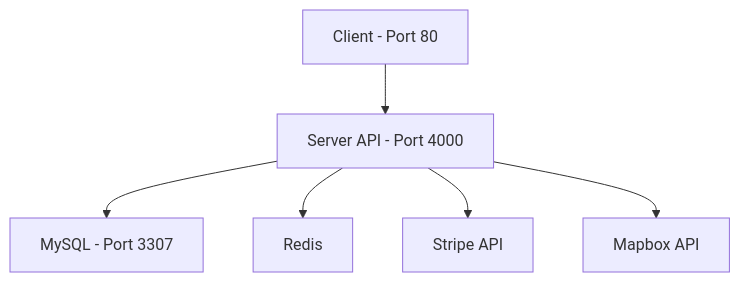
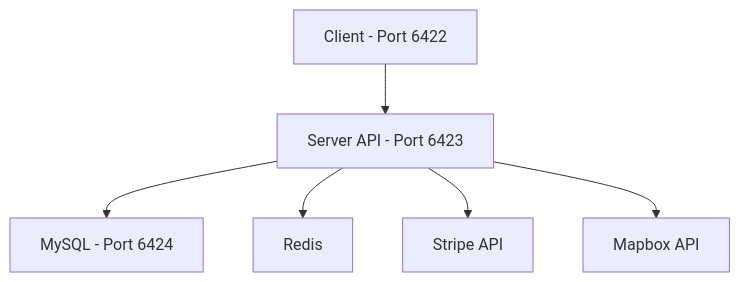
The diagram in README.md (mikeshuh/OFS), drawn with Mermaid before and after one commit. The commit also changed other lines of this file, not shown here.

````diff
--- a/README.md
+++ b/README.md
@@ -90,8 +90,8 @@
 ```mermaid
 graph TD
-    A[Client - Port 80] --> B[Server API - Port 4000]
-    B --> C[MySQL - Port 3307]
+    A[Client - Port 6422] --> B[Server API - Port 6423]
+    B --> C[MySQL - Port 6424]
     B --> D[Redis]
     B --> E[Stripe API]
     B --> F[Mapbox API]
 ```
````
